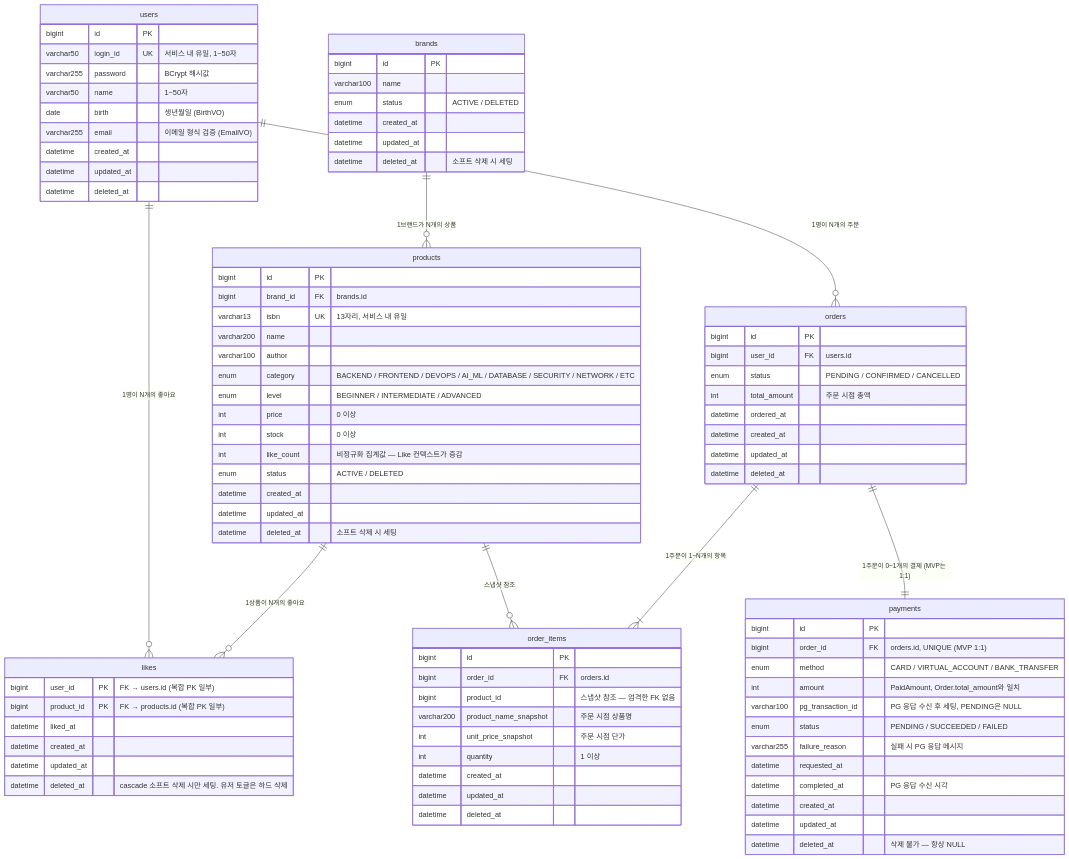
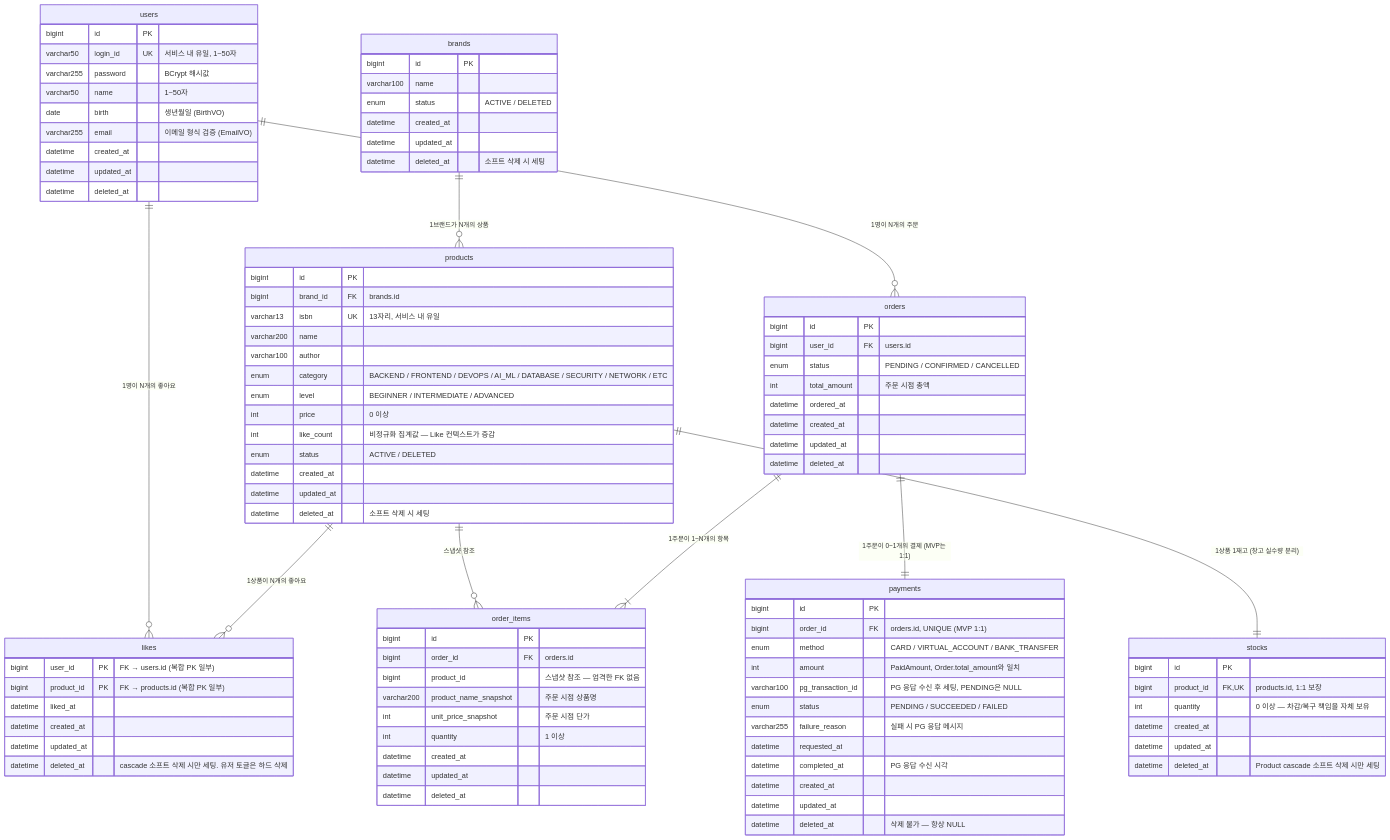
Before and after one commit to Rojojun/loop-pack-be-l2-vol4-kotlin: the diagram in .docs/design/04-erd.md, drawn with Mermaid. The commit also changed other lines of this file and 2 other files, not shown here.

Commit message:
docs: 개발전 설계 문서 수정 stock 분리

```diff
--- a/.docs/design/04-erd.md
+++ b/.docs/design/04-erd.md
@@ -28,6 +28,7 @@
     users ||--o{ likes       : "1명이 N개의 좋아요"
     users ||--o{ orders      : "1명이 N개의 주문"
     brands ||--o{ products   : "1브랜드가 N개의 상품"
+    products ||--|| stocks   : "1상품 1재고 (창고 실수량 분리)"
     products ||--o{ likes    : "1상품이 N개의 좋아요"
     products ||--o{ order_items : "스냅샷 참조"
     orders ||--|{ order_items : "1주문이 1~N개의 항목"
@@ -63,12 +64,20 @@
         enum        category            "BACKEND / FRONTEND / DEVOPS / AI_ML / DATABASE / SECURITY / NETWORK / ETC"
         enum        level               "BEGINNER / INTERMEDIATE / ADVANCED"
         int         price               "0 이상"
-        int         stock               "0 이상"
         int         like_count          "비정규화 집계값 — Like 컨텍스트가 증감"
         enum        status              "ACTIVE / DELETED"
         datetime    created_at
         datetime    updated_at
         datetime    deleted_at          "소프트 삭제 시 세팅"
+    }
+
+    stocks {
+        bigint      id              PK
+        bigint      product_id      FK,UK  "products.id, 1:1 보장"
+        int         quantity            "0 이상 — 차감/복구 책임을 자체 보유"
+        datetime    created_at
+        datetime    updated_at
+        datetime    deleted_at          "Product cascade 소프트 삭제 시만 세팅"
     }
 
     likes {
```
